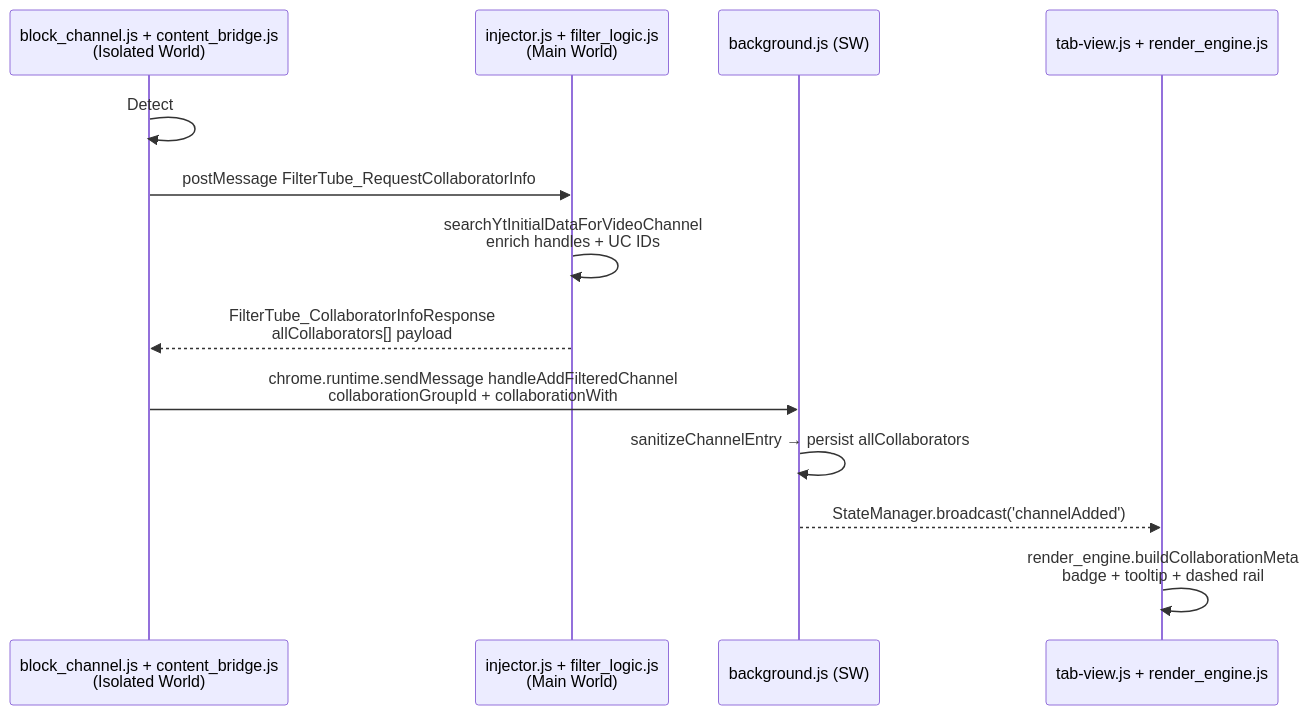
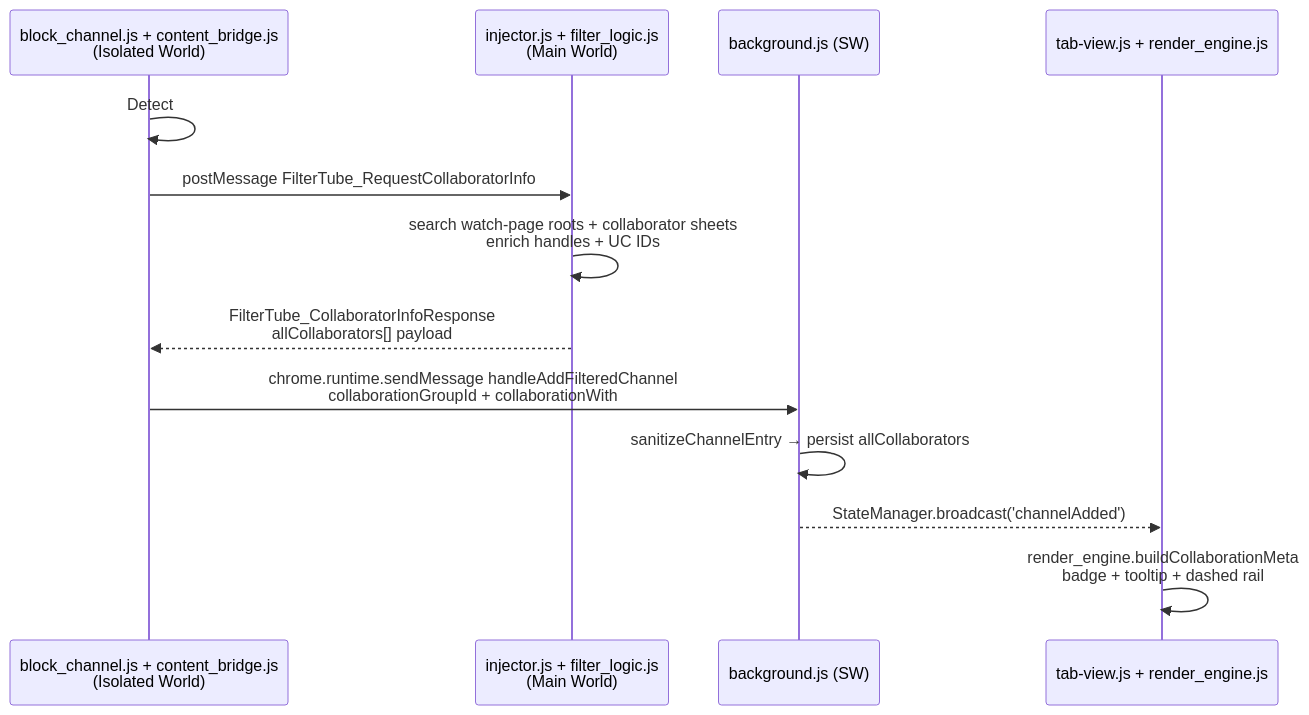
Before and after one commit to varshneydevansh/FilterTube: diagram 22 of 23 in docs/ARCHITECTURE.md, drawn with Mermaid. The commit also changed other lines of this file and 12 other files, not shown here.

````diff
--- a/docs/ARCHITECTURE.md
+++ b/docs/ARCHITECTURE.md
@@ -1216,16 +1242,16 @@
 ```mermaid
 sequenceDiagram
     participant DOM as block_channel.js + content_bridge.js<br/>(Isolated World)
     participant MW as injector.js + filter_logic.js<br/>(Main World)
     participant BG as background.js (SW)
     participant UI as tab-view.js + render_engine.js
 
     DOM->>DOM: Detect #attributed-channel-name<br/>parse collaborators
     DOM->>MW: postMessage FilterTube_RequestCollaboratorInfo
-    MW->>MW: searchYtInitialDataForVideoChannel<br/>enrich handles + UC IDs
+    MW->>MW: search watch-page roots + collaborator sheets<br/>enrich handles + UC IDs
     MW-->>DOM: FilterTube_CollaboratorInfoResponse<br/>allCollaborators[] payload
     DOM->>BG: chrome.runtime.sendMessage handleAddFilteredChannel<br/>collaborationGroupId + collaborationWith
     BG->>BG: sanitizeChannelEntry → persist allCollaborators
     BG-->>UI: StateManager.broadcast('channelAdded')
     UI->>UI: render_engine.buildCollaborationMeta<br/>badge + tooltip + dashed rail
 ```
````
